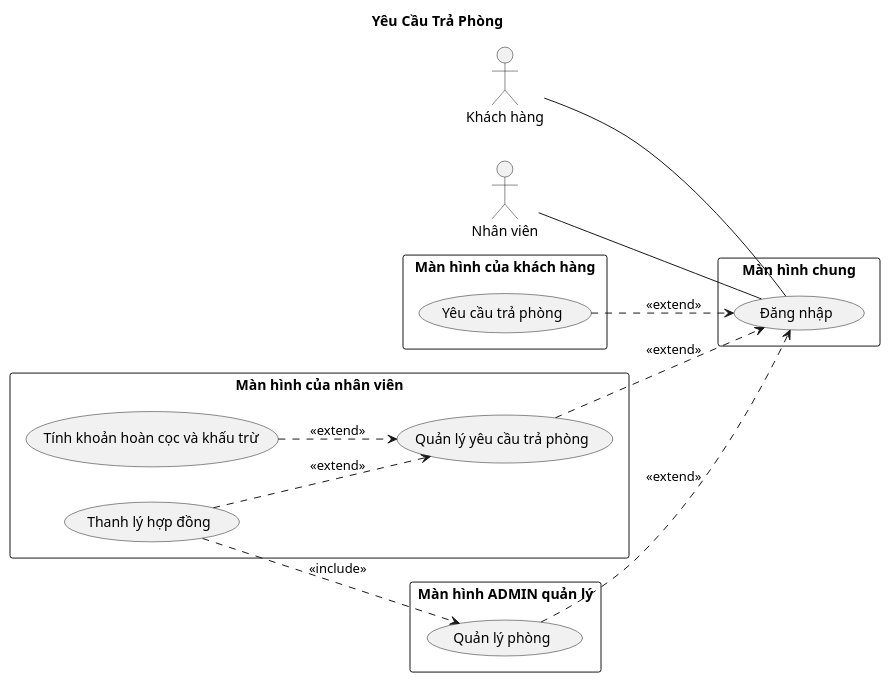
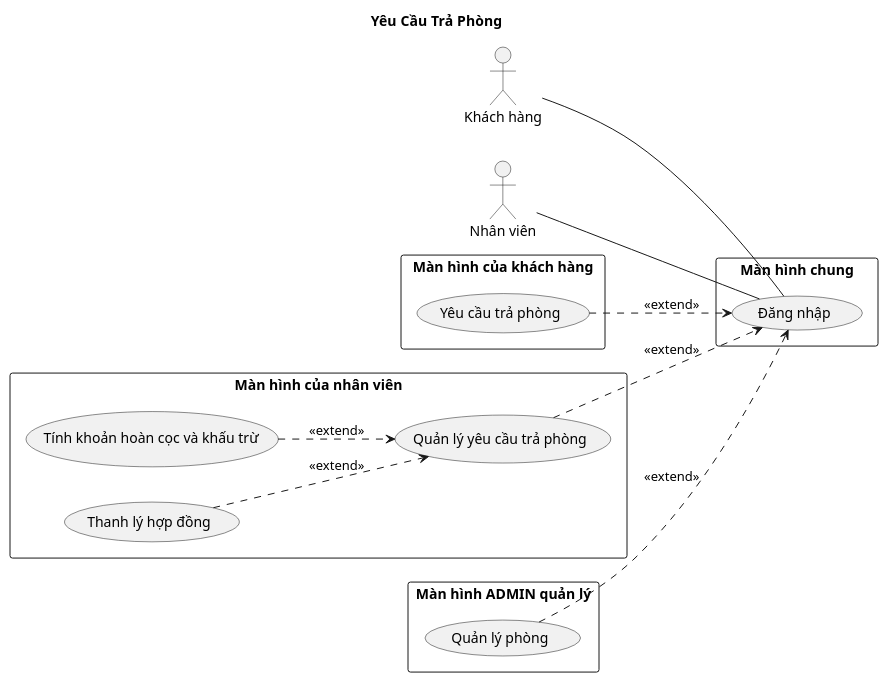
One commit to Gnourt812005/HCMUS-Analyze-and-desgin-IS changed the diagram in system/use-case/yeu_cau_tra_phong.wsd. Above: the diagram before and after it, drawn with PlantUML.

Commit message:
use-case/quangdo: update yeu_cau_tra_phong.wsd

```diff
--- a/system/use-case/yeu_cau_tra_phong.wsd
+++ b/system/use-case/yeu_cau_tra_phong.wsd
@@ -1,41 +1,40 @@
 @startuml YeuCauTraPhongUsecase
 title Yêu Cầu Trả Phòng
 skinparam packageStyle rectangle
 
 left to right direction
 
 actor "Khách hàng" as customer
 actor "Nhân viên" as employee
 
 rectangle "Màn hình chung" {
   usecase "Đăng nhập" as UC_DangNhap
 }
 
 rectangle "Màn hình của khách hàng" {
   usecase "Yêu cầu trả phòng" as UC_YeuCauTraPhong
 }
 
 rectangle "Màn hình của nhân viên" {
   usecase "Quản lý yêu cầu trả phòng" as UC_QuanLyYeuCauTraPhong
   usecase "Tính khoản hoàn cọc và khấu trừ" as UC_TinhKhoanHoanCoc
   usecase "Thanh lý hợp đồng" as UC_ThanhLyHopDong
 }
 
 rectangle "Màn hình ADMIN quản lý" {
   usecase "Quản lý phòng" as UC_QuanLyPhong
 }
 
 ' Relationships
 customer -- UC_DangNhap 
 
 employee -- UC_DangNhap
 
 UC_QuanLyPhong ..> UC_DangNhap : <<extend>>
 UC_YeuCauTraPhong ..> UC_DangNhap : <<extend>>
 UC_QuanLyYeuCauTraPhong ..> UC_DangNhap : <<extend>>
 
 UC_TinhKhoanHoanCoc ..> UC_QuanLyYeuCauTraPhong : <<extend>>
 UC_ThanhLyHopDong ..> UC_QuanLyYeuCauTraPhong : <<extend>>
-UC_ThanhLyHopDong ..> UC_QuanLyPhong : <<include>>
 
 @enduml
```
